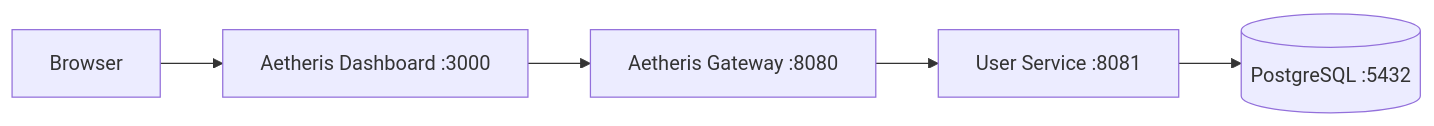
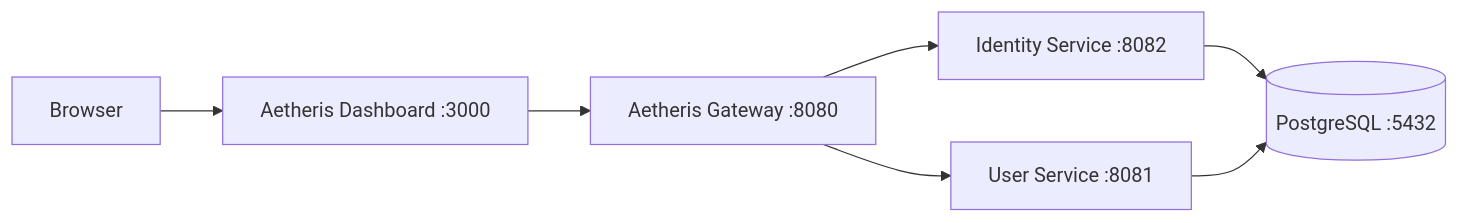
One commit to teldigi5-wq/aetheris-platform changed the diagram in README.md. Above: the diagram before and after it, drawn with Mermaid. The commit also changed other lines of this file, not shown here.

Commit message:
Complete Stage 2 roadmap and document identity architecture

````diff
--- a/README.md
+++ b/README.md
@@ -17,7 +17,9 @@
 ```mermaid
 flowchart LR
     U[Browser] --> D[Aetheris Dashboard :3000]
     D --> G[Aetheris Gateway :8080]
+    G --> I[Identity Service :8082]
     G --> S[User Service :8081]
-    S --> P[(PostgreSQL :5432)]
+    I --> P[(PostgreSQL :5432)]
+    S --> P
 ```
````
